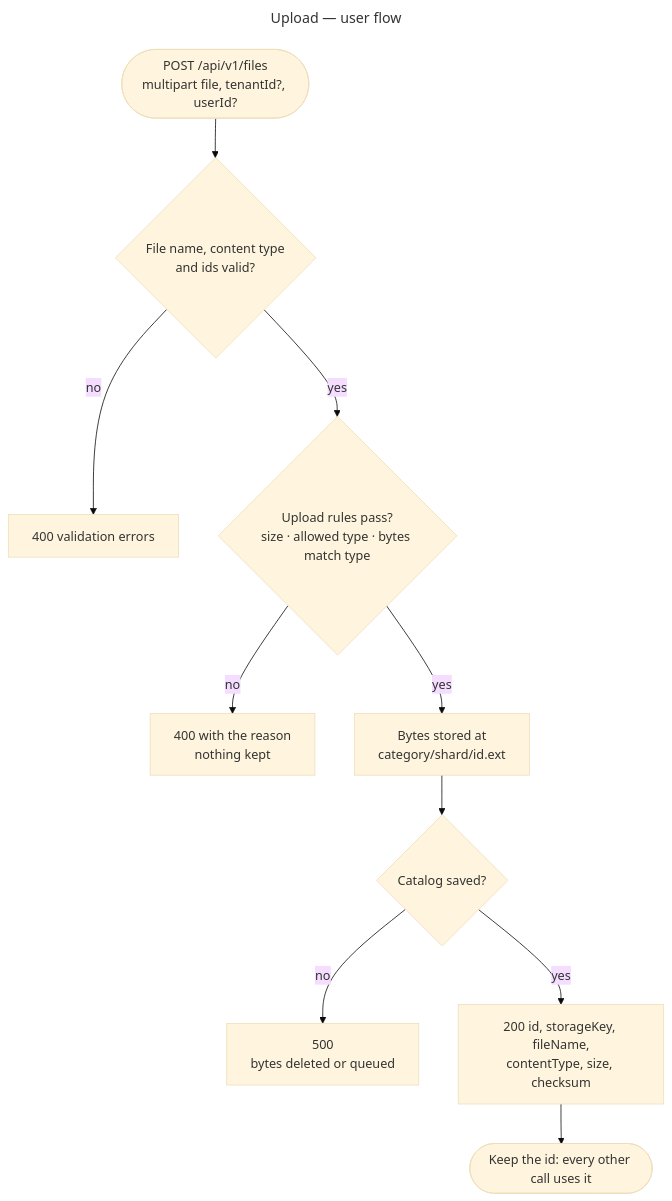
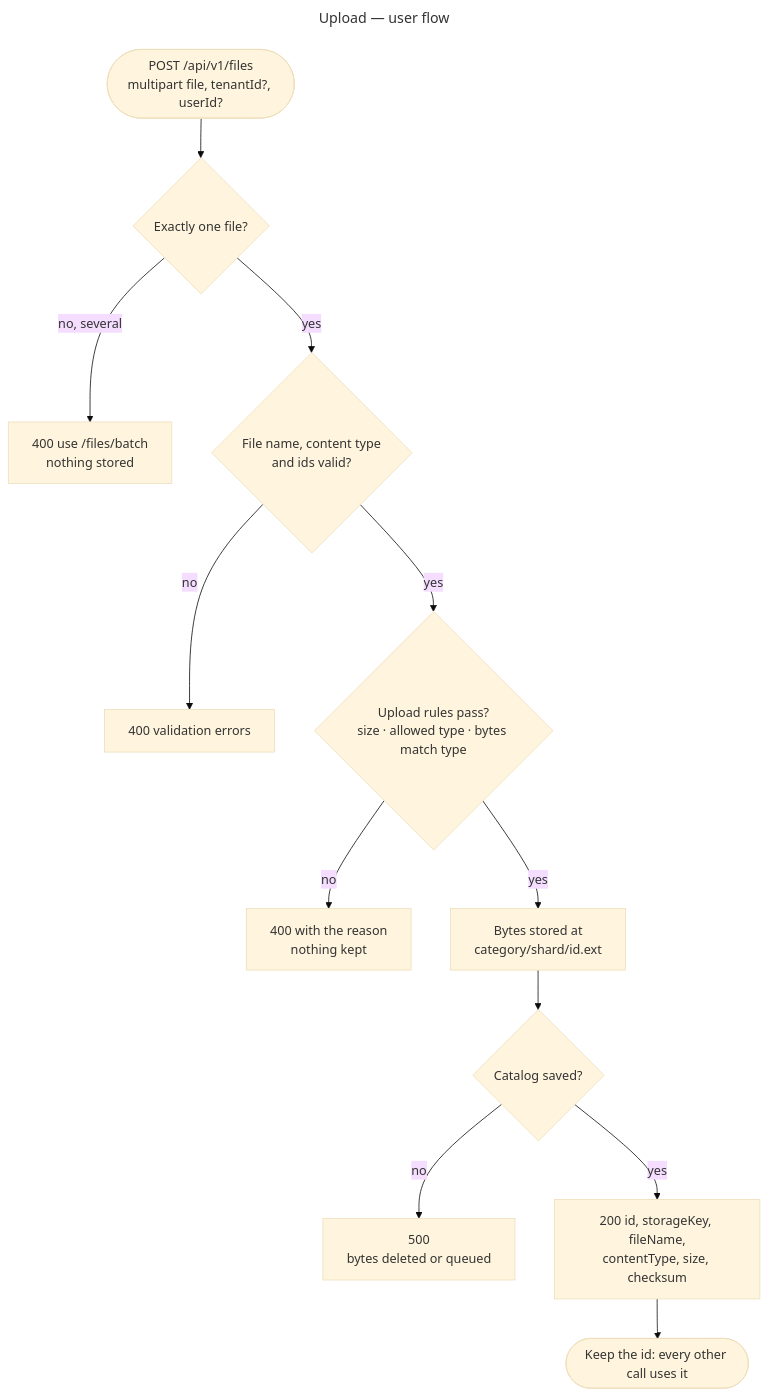
Before and after one commit to gmetskhvarishvili/GM.FileStorage.Samples: the third of 11 diagrams in docs/user-flows.md, drawn with Mermaid (base theme). The commit also changed other lines of this file and 12 other files, not shown here.

First line of the commit message:
feat: batch uploads, and refuse several files on the single upload

````diff
--- a/docs/user-flows.md
+++ b/docs/user-flows.md
@@ -63,15 +64,17 @@
 ```mermaid
 ---
 title: Upload — user flow
 ---
 flowchart TD
-    start([POST /api/v1/files<br/>multipart file, tenantId?, userId?]) --> valid{File name, content type<br/>and ids valid?}
+    start([POST /api/v1/files<br/>multipart file, tenantId?, userId?]) --> one{Exactly one file?}
+    one -- no, several --> m400[400 use /files/batch<br/>nothing stored]
+    one -- yes --> valid{File name, content type<br/>and ids valid?}
     valid -- no --> v400[400 validation errors]
     valid -- yes --> rules{Upload rules pass?<br/>size · allowed type · bytes match type}
     rules -- no --> r400[400 with the reason<br/>nothing kept]
     rules -- yes --> stored[Bytes stored at<br/>category/shard/id.ext]
     stored --> saved{Catalog saved?}
     saved -- no --> e500[500<br/>bytes deleted or queued]
     saved -- yes --> ok[200 id, storageKey, fileName,<br/>contentType, size, checksum]
     ok --> next([Keep the id: every other call uses it])
 ```
````
